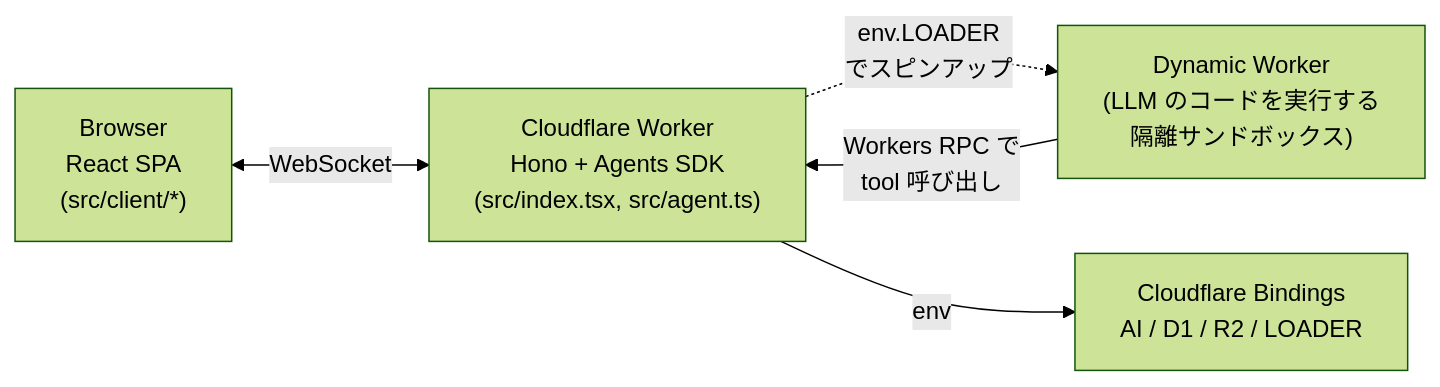
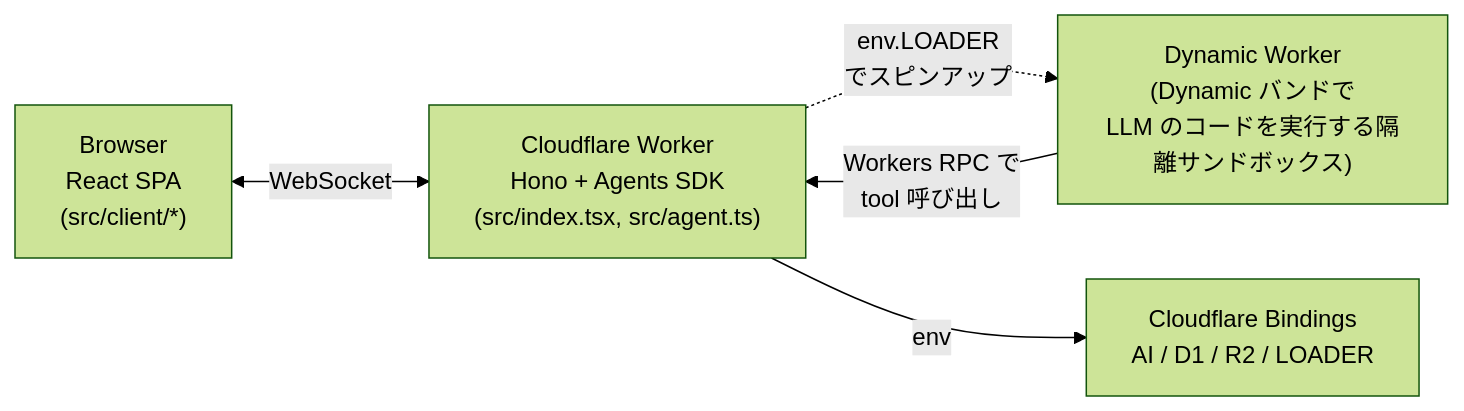
One commit to yusukebe/generative-ui-playground changed the first of 5 diagrams in README.md. Above: the diagram before and after it, drawn with Mermaid (forest theme). The commit also changed other lines of this file, not shown here.

````diff
--- a/README.md
+++ b/README.md
@@ -64,12 +71,12 @@
 ```mermaid
 flowchart LR
   B["Browser<br/>React SPA<br/>(src/client/*)"]
   W["Cloudflare Worker<br/>Hono + Agents SDK<br/>(src/index.tsx, src/agent.ts)"]
-  S["Dynamic Worker<br/>(LLM のコードを実行する<br/>隔離サンドボックス)"]
+  S["Dynamic Worker<br/>(Dynamic バンドで<br/>LLM のコードを実行する隔離サンドボックス)"]
   D["Cloudflare Bindings<br/>AI / D1 / R2 / LOADER"]
 
   B <-->|WebSocket| W
   W -.->|env.LOADER<br/>でスピンアップ| S
   S -->|Workers RPC で<br/>tool 呼び出し| W
   W -->|env| D
 ```
````
